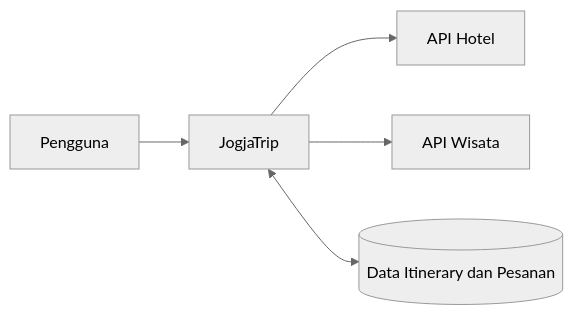
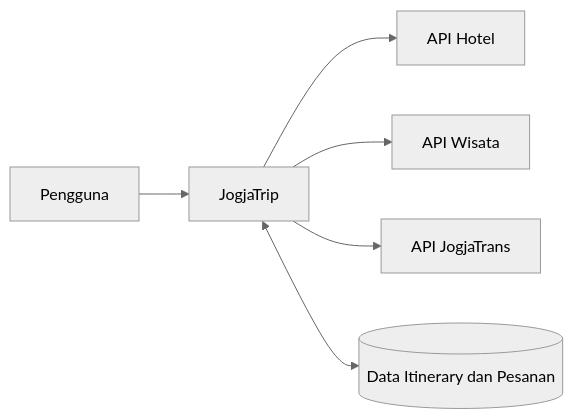
The diagram in README.md (Sapexxx/jogjatrip-itinerary), drawn with Mermaid (neutral theme) before and after one commit. The commit also changed other lines of this file, not shown here.

Commit message:
docs(transport): update architecture, API, UI and README

````diff
--- a/README.md
+++ b/README.md
@@ -23,7 +23,8 @@
 ```mermaid
 flowchart LR
     A["Pengguna"] --> B["JogjaTrip"]
     B --> C["API Hotel"]
     B --> D["API Wisata"]
+    B --> F["API JogjaTrans"]
     B <--> E[("Data Itinerary dan Pesanan")]
 ```
````
